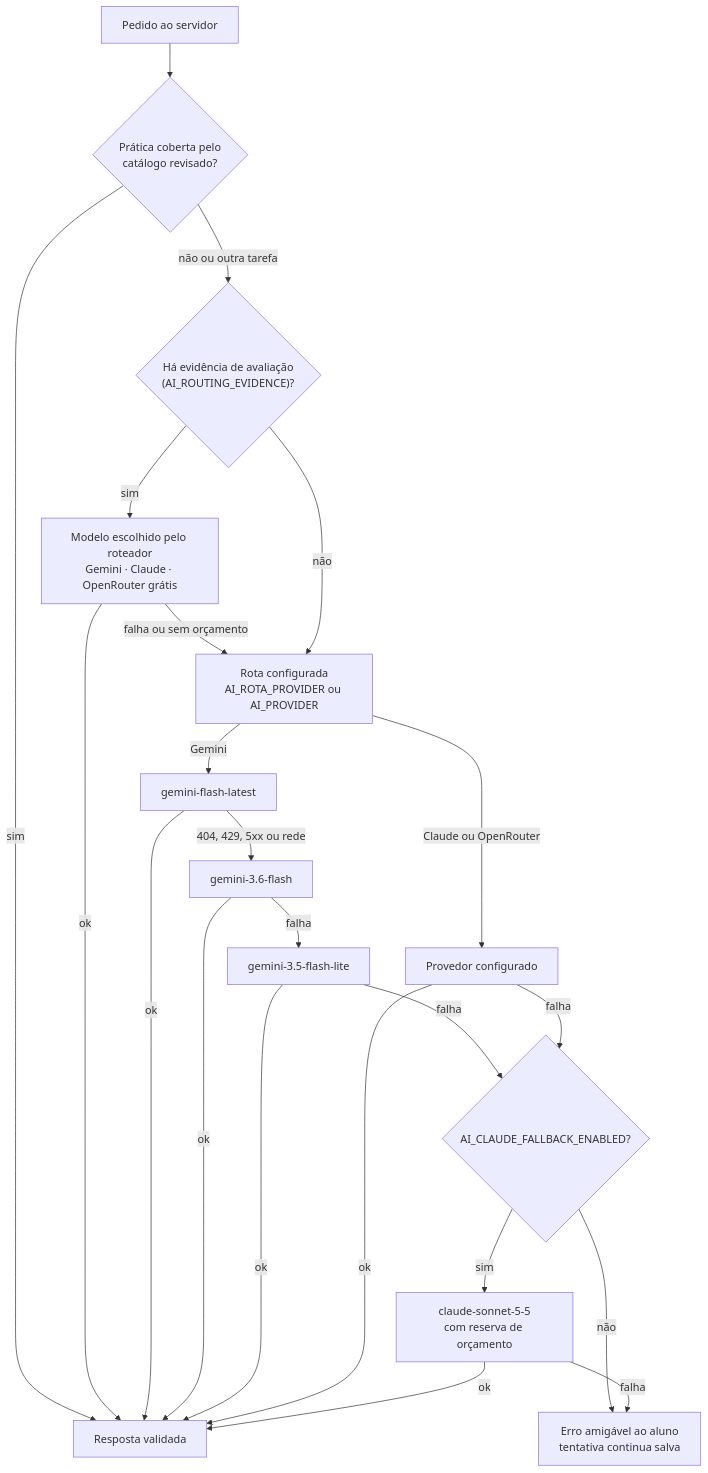
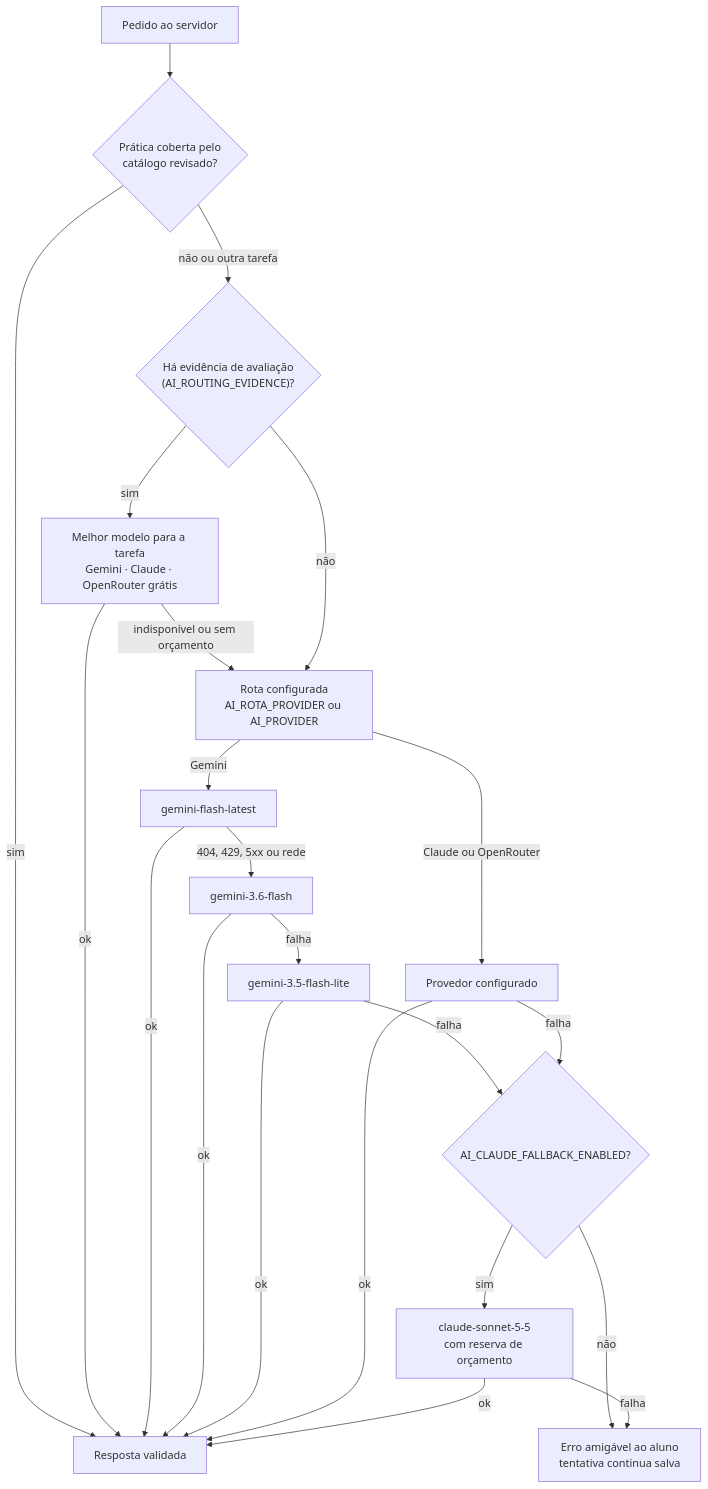
Before and after one commit to CFSJCODE/MistakeMap: the fourth of 5 diagrams in .github/README.md, drawn with Mermaid. The commit also changed other lines of this file and 2 other files, not shown here.

First line of the commit message:
docs: descrever a escolha de IA por tarefa em vez de cadeia de reserva

````diff
--- a/.github/README.md
+++ b/.github/README.md
@@ -263,24 +270,24 @@
 ```mermaid
 flowchart TD
     REQ["Pedido ao servidor"] --> CAT{"Prática coberta pelo<br/>catálogo revisado?"}
     CAT -->|"sim"| OUT["Resposta validada"]
     CAT -->|"não ou outra tarefa"| EV{"Há evidência de avaliação<br/>(AI_ROUTING_EVIDENCE)?"}
-    EV -->|"sim"| AUTO["Modelo escolhido pelo roteador<br/>Gemini · Claude · OpenRouter grátis"]
+    EV -->|"sim"| AUTO["Melhor modelo para a tarefa<br/>Gemini · Claude · OpenRouter grátis"]
     AUTO -->|"ok"| OUT
-    AUTO -->|"falha ou sem orçamento"| ROTA
+    AUTO -->|"indisponível ou sem orçamento"| ROTA
     EV -->|"não"| ROTA["Rota configurada<br/>AI_ROTA_PROVIDER ou AI_PROVIDER"]
     ROTA -->|"Gemini"| G1["gemini-flash-latest"]
     G1 -->|"404, 429, 5xx ou rede"| G2["gemini-3.6-flash"]
     G2 -->|"falha"| G3["gemini-3.5-flash-lite"]
     G1 -->|"ok"| OUT
     G2 -->|"ok"| OUT
     G3 -->|"ok"| OUT
     ROTA -->|"Claude ou OpenRouter"| OP["Provedor configurado"]
     OP -->|"ok"| OUT
     G3 -->|"falha"| CL{"AI_CLAUDE_FALLBACK_ENABLED?"}
     OP -->|"falha"| CL
     CL -->|"sim"| SON["claude-sonnet-5-5<br/>com reserva de orçamento"]
     SON -->|"ok"| OUT
     CL -->|"não"| ERR["Erro amigável ao aluno<br/>tentativa continua salva"]
     SON -->|"falha"| ERR
 ```
````
